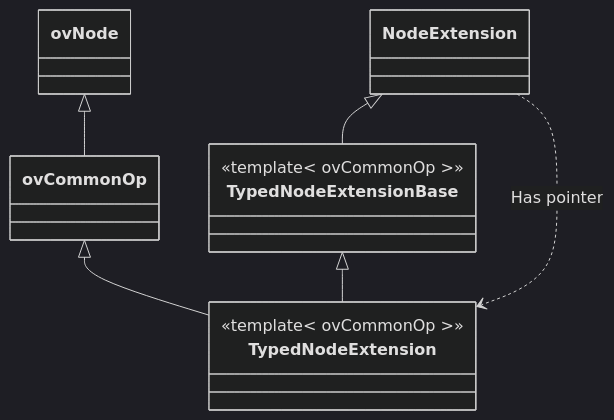
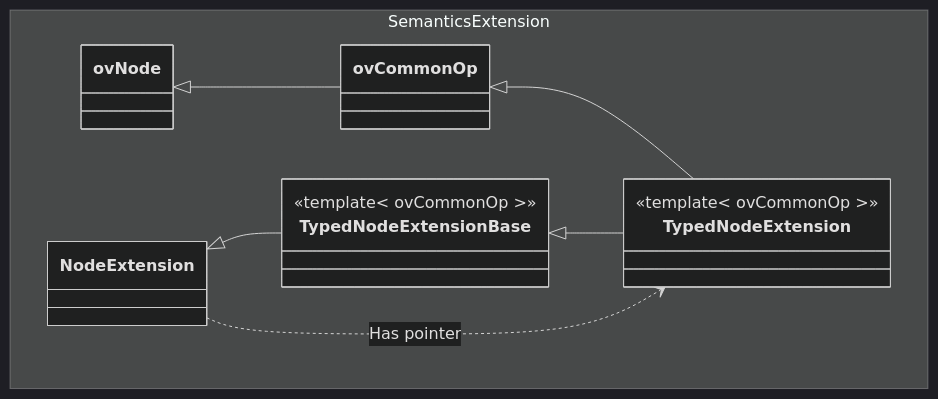
Before and after one commit to z71258847/openvino_sycl_poc: the first of 3 diagrams in src/plugins/one_plugin/docs/arch.md, drawn with Mermaid (dark theme). The commit also changed other lines of this file and 33 other files, not shown here.

````diff
--- a/src/plugins/one_plugin/docs/arch.md
+++ b/src/plugins/one_plugin/docs/arch.md
@@ -1,19 +1,21 @@
 ```mermaid
 classDiagram
-    class ovNode
-    class NodeExtension
-    class TypedNodeExtensionBase {
-        <<template< ovCommonOp >>>
+    namespace SemanticsExtension {
+        class ovNode
+        class NodeExtension
+        class TypedNodeExtensionBase {
+            <<template< ovCommonOp >>>
+        }
+        class TypedNodeExtension {
+            <<template< ovCommonOp >>>
+        }
+
+        class ovCommonOp
     }
-    class TypedNodeExtension {
-        <<template< ovCommonOp >>>
-    }
-
-    class ovCommonOp
 
     ovNode <|-- ovCommonOp
     NodeExtension <|-- TypedNodeExtensionBase
     TypedNodeExtensionBase <|-- TypedNodeExtension
     ovCommonOp <|-- TypedNodeExtension
     NodeExtension  ..>  TypedNodeExtension : Has pointer
 ```
````
